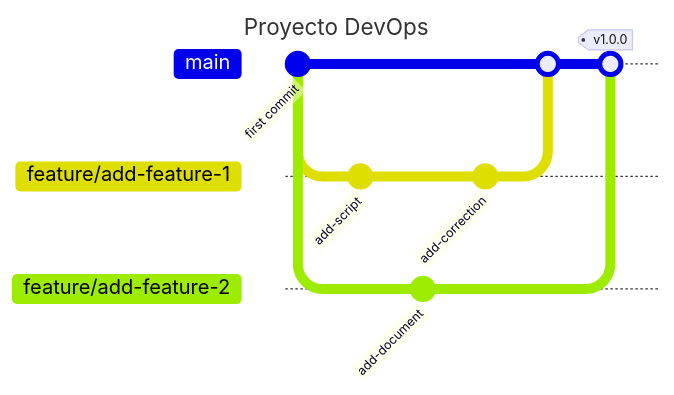
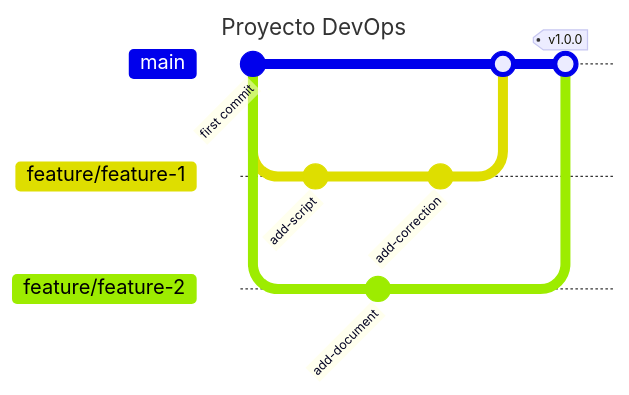
The diagram in diagramas/DevOps.md (ObligatorioDevOps3M/DevOps), drawn with Mermaid before and after one commit. The commit also changed 1 other file, not shown here.

Commit message:
fix branch names in devops diagram

````diff
--- a/diagramas/DevOps.md
+++ b/diagramas/DevOps.md
@@ -1,20 +1,21 @@
 ``` mermaid
 ---
 title: Proyecto DevOps
 ---
 gitGraph
    commit id: "first commit" 
-   branch feature/add-feature-1
+   branch feature/feature-1
    commit id: "add-script"
    checkout main
-   branch feature/add-feature-2
+   branch feature/feature-2
    commit id: "add-document"
-   checkout feature/add-feature-1
+   checkout feature/feature-1
    commit id: "add-correction"
    checkout main
-   merge feature/add-feature-1
-   checkout feature/add-feature-2
+   merge feature/feature-1
+   checkout feature/feature-2
    checkout main
-   merge feature/add-feature-2 tag: "v1.0.0"
+   merge feature/feature-2 tag: "v1.0.0"
+
    
 ```
````
